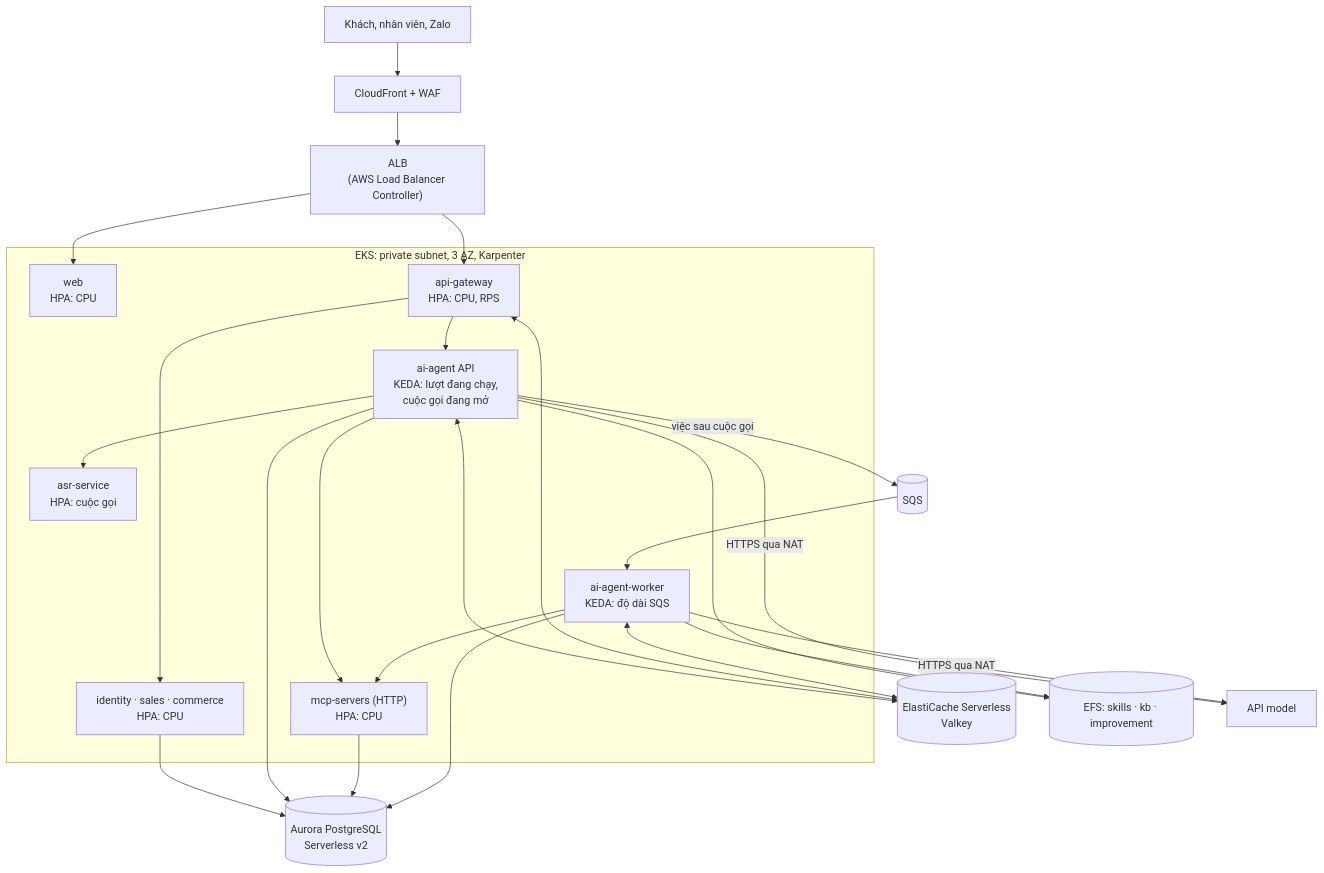
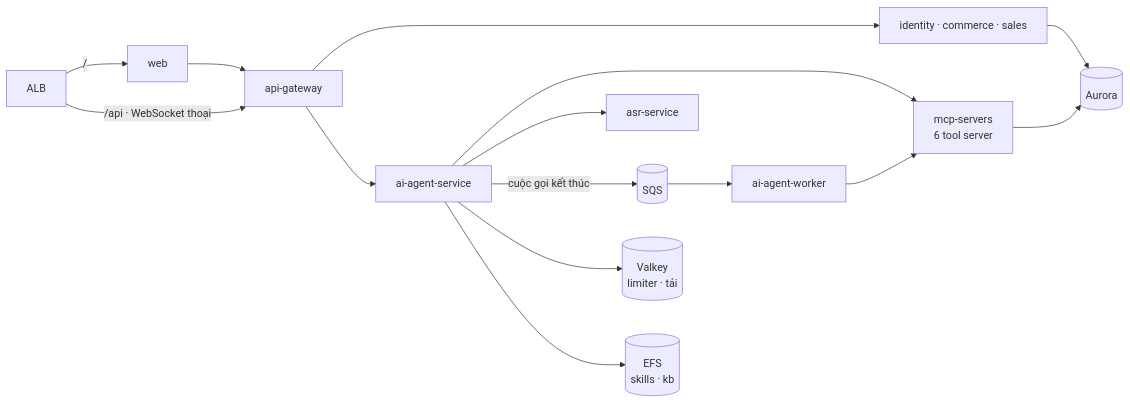
Before and after one commit to queenley/capstone_sudocode2026: the third of 5 diagrams in docs/deployment/eks-architecture.md, drawn with Mermaid. The commit also changed other lines of this file and 19 other files, not shown here.

````diff
--- a/docs/deployment/eks-architecture.md
+++ b/docs/deployment/eks-architecture.md
@@ -66,24 +129,18 @@
 ```mermaid
-flowchart TB
-    U["Khách, nhân viên, Zalo"] --> CF["CloudFront + WAF"]
-    CF --> ALB["ALB<br/>(AWS Load Balancer Controller)"]
+flowchart LR
+    ALB["ALB"] -->|"/"| WEB["web"]
+    ALB -->|"/api · WebSocket thoại"| GW["api-gateway"]
+    WEB --> GW
+    GW --> SVC["identity · commerce · sales"]
+    GW --> AG["ai-agent-service"]
+    AG --> MCP["mcp-servers<br/>6 tool server"]
+    AG --> ASR["asr-service"]
+    AG -->|"cuộc gọi kết thúc"| SQS[("SQS")]
+    SQS --> WRK["ai-agent-worker"]
+    WRK --> MCP
 
-    subgraph EKS["EKS: private subnet, 3 AZ, Karpenter"]
-        WEB["web<br/>HPA: CPU"]
-        GW["api-gateway<br/>HPA: CPU, RPS"]
-        CRUD["identity · sales · commerce<br/>HPA: CPU"]
-        API["ai-agent API<br/>KEDA: lượt đang chạy,<br/>cuộc gọi đang mở"]
-        MCP["mcp-servers (HTTP)<br/>HPA: CPU"]
-        WRK["ai-agent-worker<br/>KEDA: độ dài SQS"]
-        ASR["asr-service<br/>HPA: cuộc gọi"]
-    end
-
-    ALB --> WEB & GW
-    GW --> CRUD & API
-    API --> MCP & ASR
-    API -->|"việc sau cuộc gọi"| SQS[("SQS")] --> WRK --> MCP
-    API & GW & WRK <--> VK[("ElastiCache Serverless<br/>Valkey")]
-    CRUD & API & MCP & WRK --> DB[("Aurora PostgreSQL<br/>Serverless v2")]
-    API & WRK --> EFS[("EFS: skills · kb · improvement")]
-    API & WRK -->|"HTTPS qua NAT"| LLM["API model"]
+    SVC --> DB[("Aurora")]
+    MCP --> DB
+    AG --> VK[("Valkey<br/>limiter · tải")]
+    AG --> EFS[("EFS<br/>skills · kb")]
 ```
````
